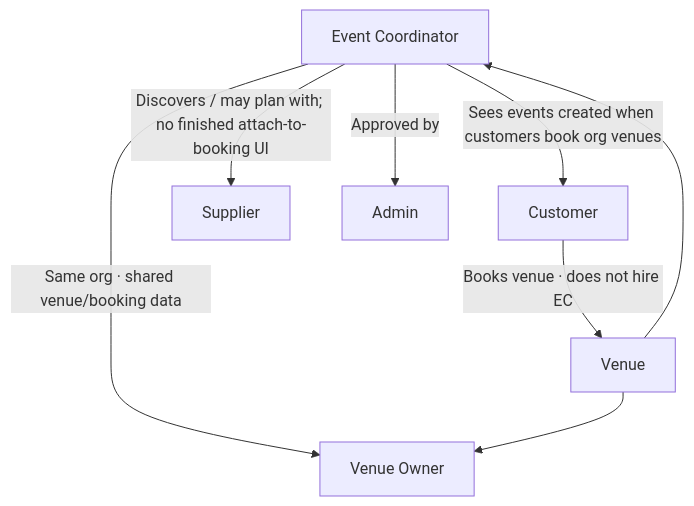
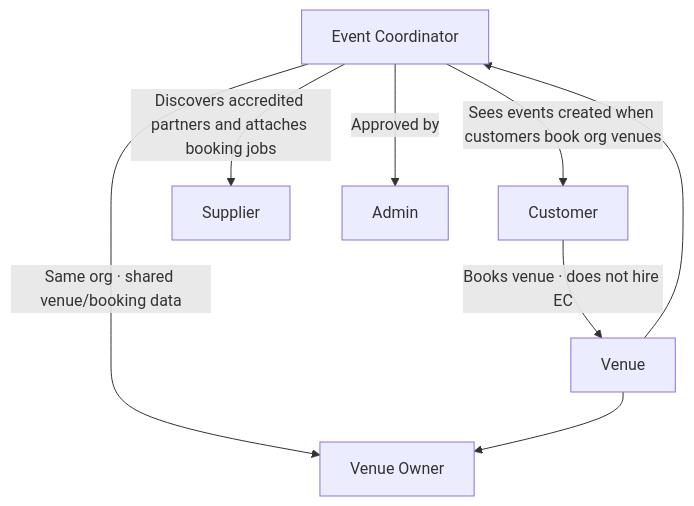
The fifth of 5 diagrams in docs/design/marketplace-relationships-user-flow.md (Jassim3nidad/venora), drawn with Mermaid before and after one commit. The commit also changed other lines of this file, not shown here.

Commit message:
docs(design): align supplier relationships

````diff
--- a/docs/design/marketplace-relationships-user-flow.md
+++ b/docs/design/marketplace-relationships-user-flow.md
@@ -261,13 +261,13 @@
 ```mermaid
 flowchart TB
   EC[Event Coordinator]
 
   EC -->|"Same org · shared venue/booking data"| VO[Venue Owner]
   EC -->|"Sees events created when customers book org venues"| CU[Customer]
-  EC -->|"Discovers / may plan with; no finished attach-to-booking UI"| SU[Supplier]
+  EC -->|"Discovers accredited partners and attaches booking jobs"| SU[Supplier]
   EC -->|"Approved by"| AD[Admin]
 
   CU -->|"Books venue · does not hire EC"| Venue[Venue]
   Venue --> VO
   Venue --> EC
 ```
````
